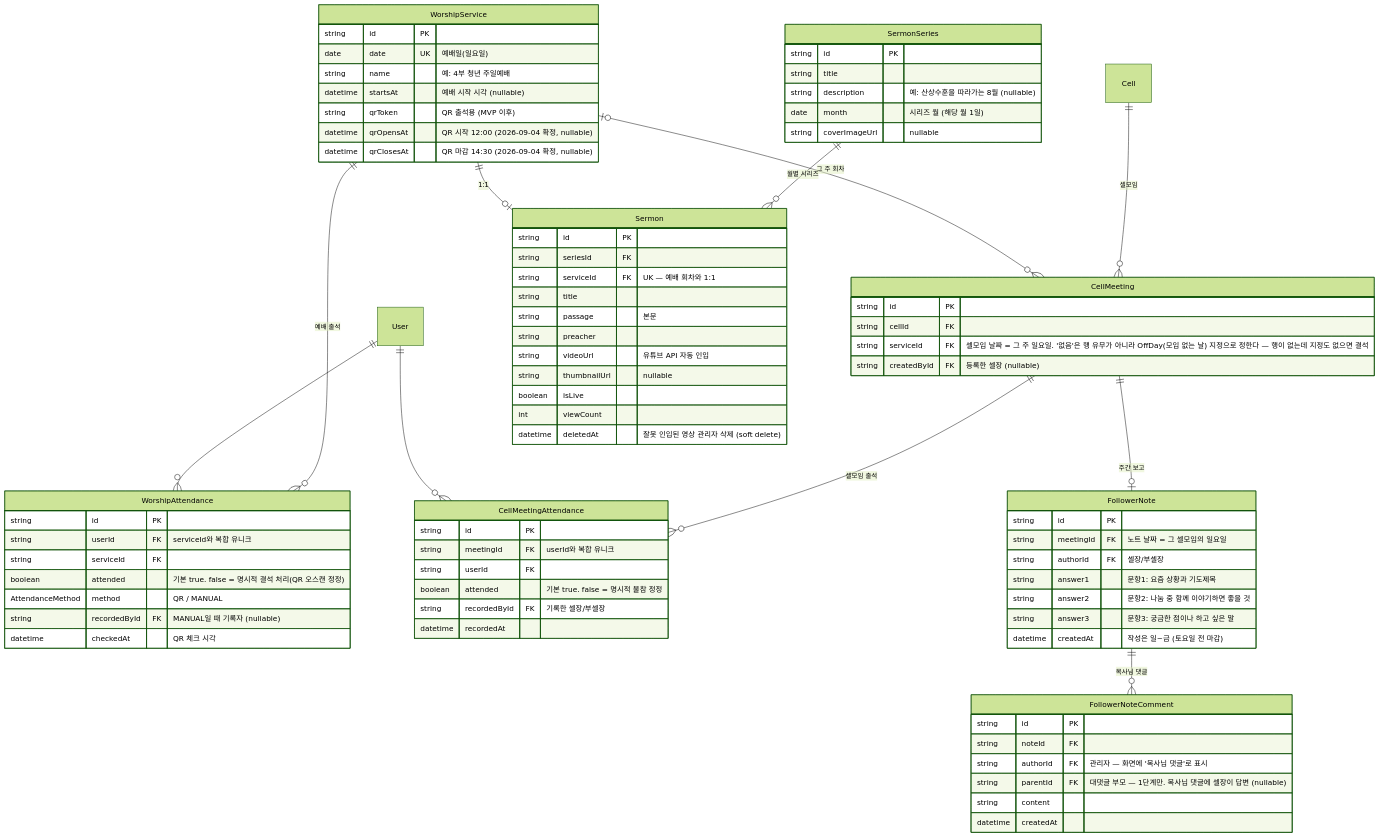
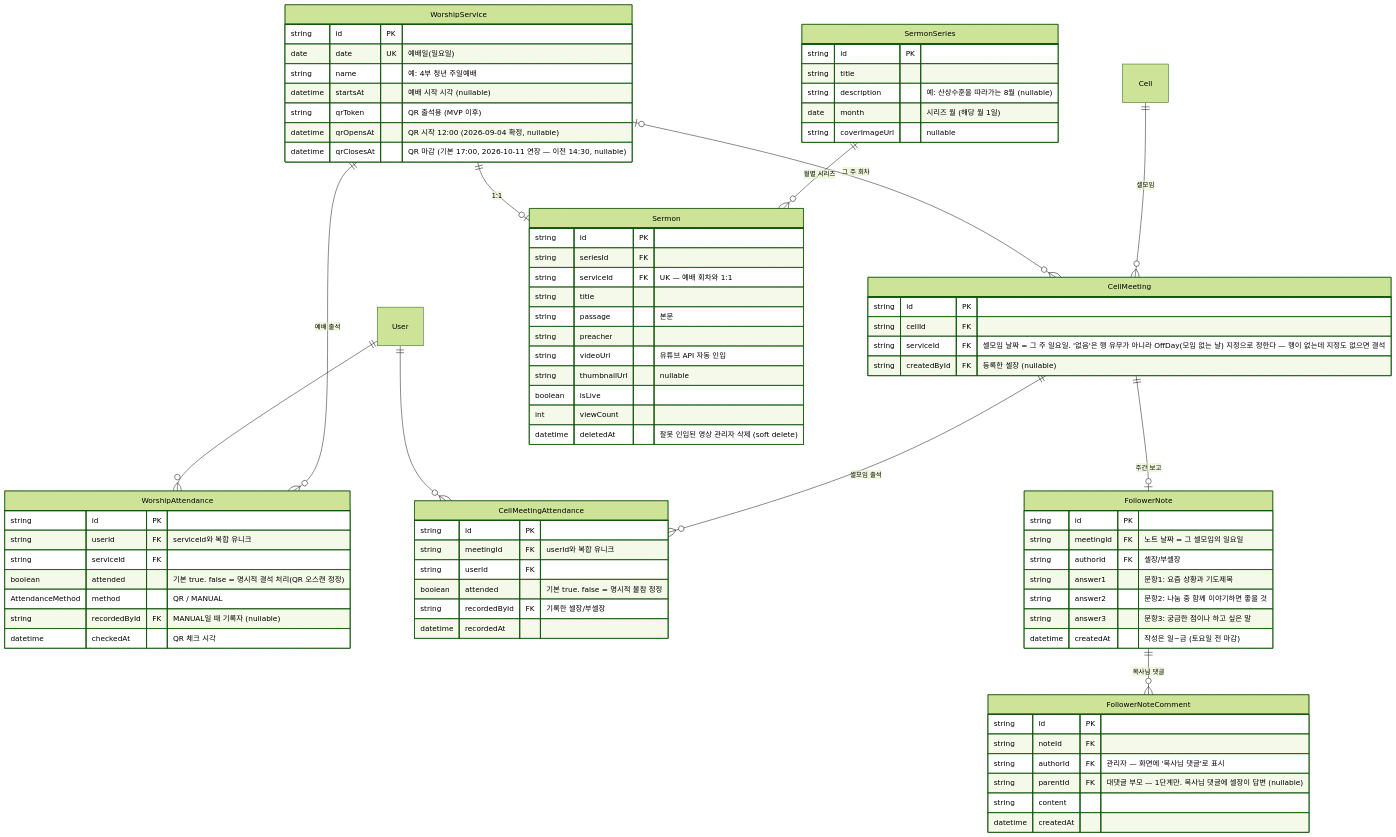
One commit to Onnuri-church/onnuri-monorepo changed the second of 4 diagrams in docs/erd.md. Above: the diagram before and after it, drawn with Mermaid (forest theme). The commit also changed other lines of this file and 134 other files, not shown here.

```diff
--- a/docs/erd.md
+++ b/docs/erd.md
@@ -120,7 +120,7 @@
         datetime startsAt "예배 시작 시각 (nullable)"
         string qrToken "QR 출석용 (MVP 이후)"
         datetime qrOpensAt "QR 시작 12:00 (2026-09-04 확정, nullable)"
-        datetime qrClosesAt "QR 마감 14:30 (2026-09-04 확정, nullable)"
+        datetime qrClosesAt "QR 마감 (기본 17:00, 2026-10-11 연장 — 이전 14:30, nullable)"
     }
 
     WorshipAttendance {
```
